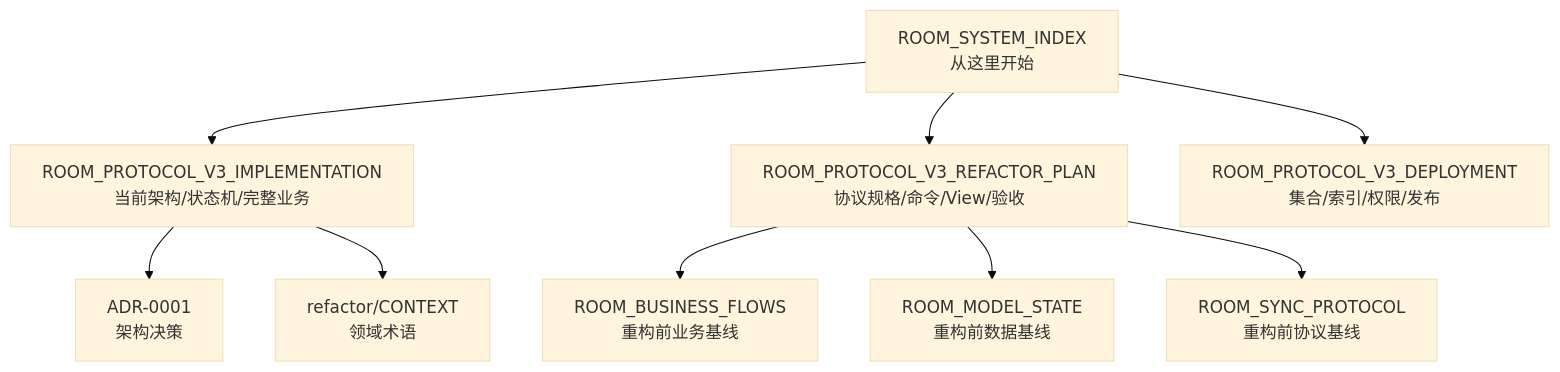
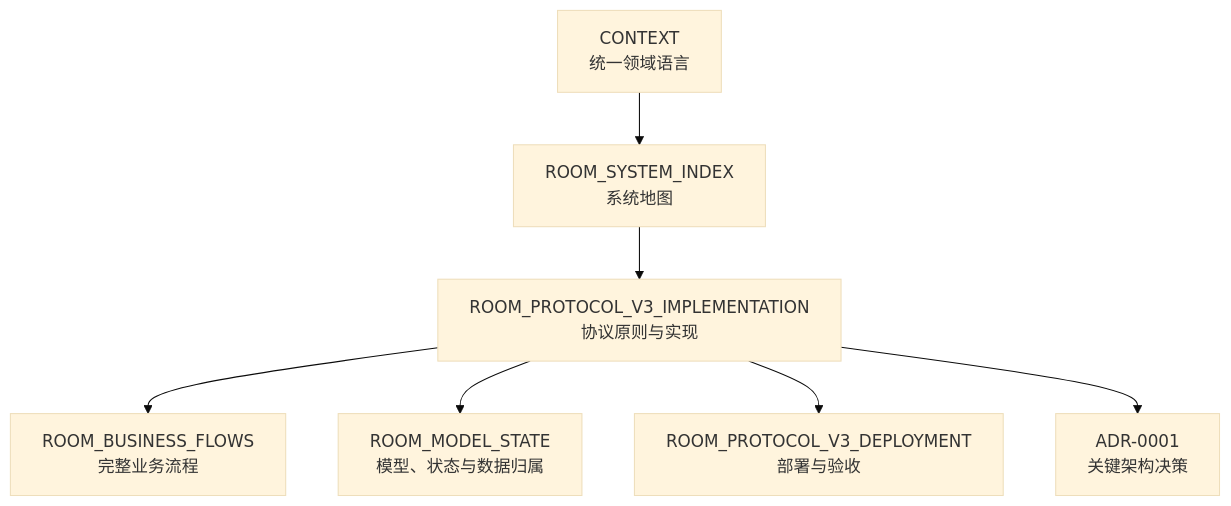
The first of 4 diagrams in docs/ROOM_SYSTEM_INDEX.md (Bubble-419/cardboard-miniprogram), drawn with Mermaid (base theme) before and after one commit. The commit also changed other lines of this file and 26 other files, not shown here.

Commit message:
docs: consolidate active room protocol v3 documentation

````diff
--- a/docs/ROOM_SYSTEM_INDEX.md
+++ b/docs/ROOM_SYSTEM_INDEX.md
@@ -7,21 +7,16 @@
 ```mermaid
 flowchart TD
-  I[ROOM_SYSTEM_INDEX<br/>从这里开始]
-  IMPL[ROOM_PROTOCOL_V3_IMPLEMENTATION<br/>当前架构/状态机/完整业务]
-  PLAN[ROOM_PROTOCOL_V3_REFACTOR_PLAN<br/>协议规格/命令/View/验收]
-  DEPLOY[ROOM_PROTOCOL_V3_DEPLOYMENT<br/>集合/索引/权限/发布]
-  ADR[ADR-0001<br/>架构决策]
-  CTX[refactor/CONTEXT<br/>领域术语]
-  OLD1[ROOM_BUSINESS_FLOWS<br/>重构前业务基线]
-  OLD2[ROOM_MODEL_STATE<br/>重构前数据基线]
-  OLD3[ROOM_SYNC_PROTOCOL<br/>重构前协议基线]
+  A[CONTEXT<br/>统一领域语言]
+  I[ROOM_SYSTEM_INDEX<br/>系统地图]
+  P[ROOM_PROTOCOL_V3_IMPLEMENTATION<br/>协议原则与实现]
+  B[ROOM_BUSINESS_FLOWS<br/>完整业务流程]
+  M[ROOM_MODEL_STATE<br/>模型、状态与数据归属]
+  D[ROOM_PROTOCOL_V3_DEPLOYMENT<br/>部署与验收]
+  R[ADR-0001<br/>关键架构决策]
 
-  I --> IMPL
-  I --> PLAN
-  I --> DEPLOY
-  IMPL --> ADR
-  IMPL --> CTX
-  PLAN --> OLD1
-  PLAN --> OLD2
-  PLAN --> OLD3
+  A --> I --> P
+  P --> B
+  P --> M
+  P --> D
+  P --> R
 ```
````
